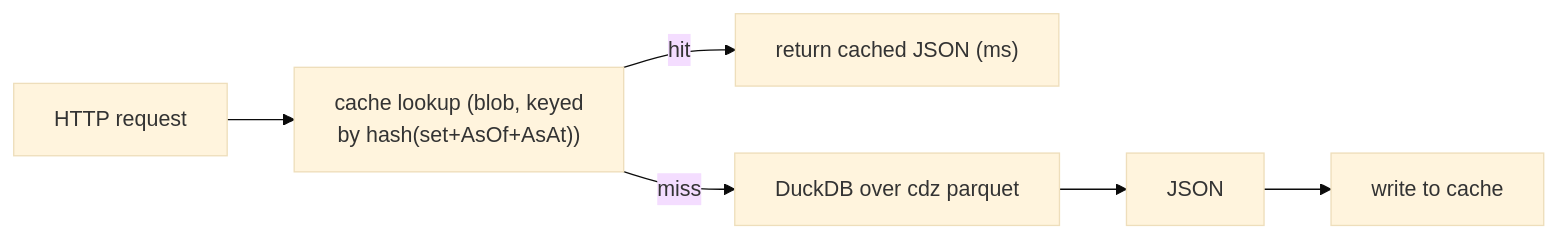
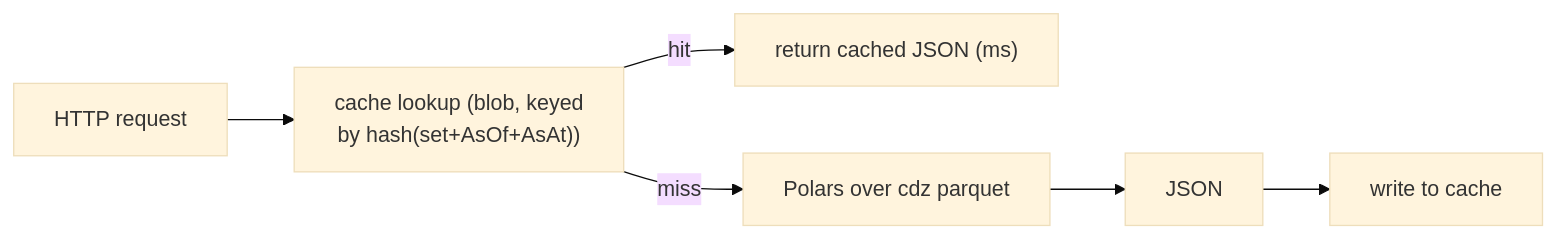
The diagram in docs/reference/cashflows-api/README.md (alejandro-olguin/quant), drawn with Mermaid (base theme) before and after one commit. The commit also changed other lines of this file and 8 other files, not shown here.

````diff
--- a/docs/reference/cashflows-api/README.md
+++ b/docs/reference/cashflows-api/README.md
@@ -11,6 +14,6 @@
 ```mermaid
 flowchart LR
     A["HTTP request"] --> B["cache lookup (blob, keyed<br/>by hash(set+AsOf+AsAt))"]
     B -->|hit| C["return cached JSON (ms)"]
-    B -->|miss| D["DuckDB over cdz parquet"] --> E["JSON"] --> F["write to cache"]
+    B -->|miss| D["Polars over cdz parquet"] --> E["JSON"] --> F["write to cache"]
 ```
````
